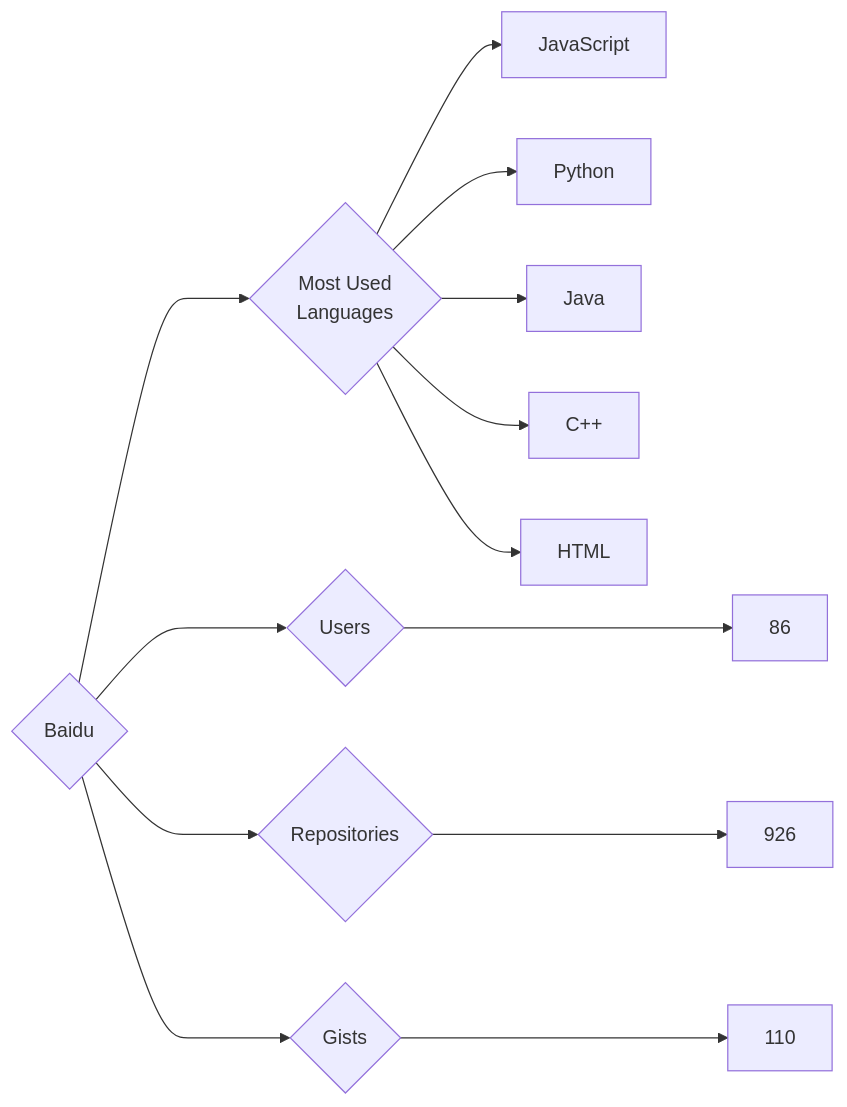
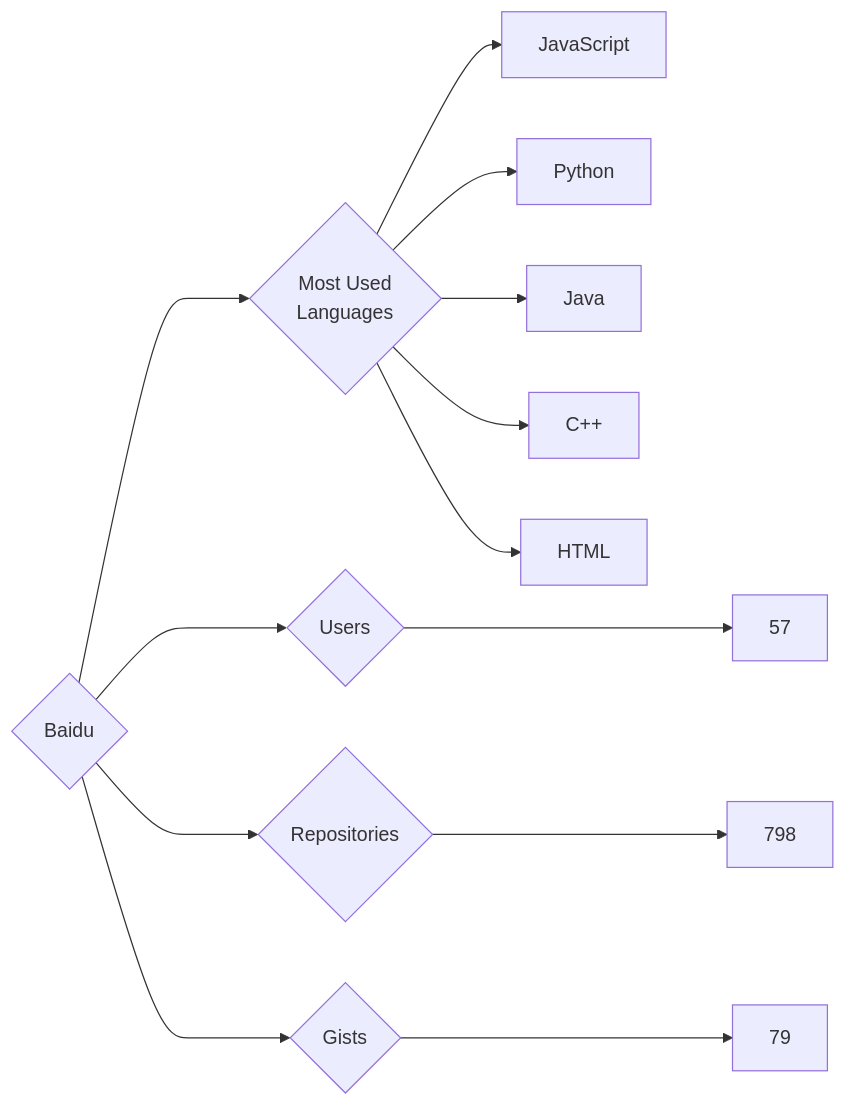
The diagram in targets/Baidu/README.md (trickest/insiders), drawn with Mermaid before and after one commit. The commit also changed 799 other files, not shown here.

````diff
--- a/targets/Baidu/README.md
+++ b/targets/Baidu/README.md
@@ -3,13 +3,13 @@
 ```mermaid
 graph LR
 COMPANY_NAME{Baidu}
-COMPANY_NAME ---> U{Users} ---> UN[86]
-COMPANY_NAME ---> R{Repositories} ---> RN[926]
-COMPANY_NAME ---> G{Gists} ---> GN[110]
+COMPANY_NAME ---> U{Users} ---> UN[57]
+COMPANY_NAME ---> R{Repositories} ---> RN[798]
+COMPANY_NAME ---> G{Gists} ---> GN[79]
 COMPANY_NAME ---> ML{Most Used<br>Languages}
 ML --> JavaScript[JavaScript]
 ML --> Python[Python]
 ML --> Java[Java]
 ML --> C++[C++]
 ML --> HTML[HTML]
 ```
````
